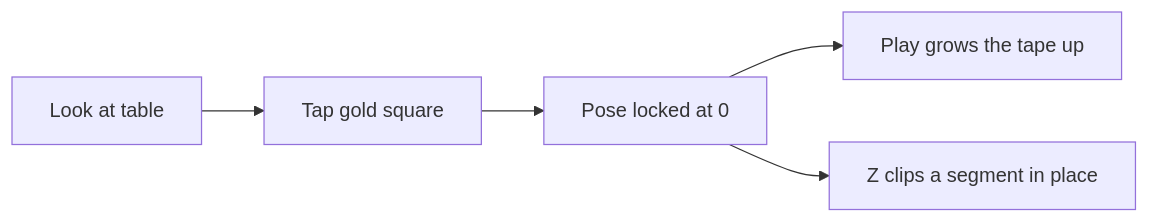
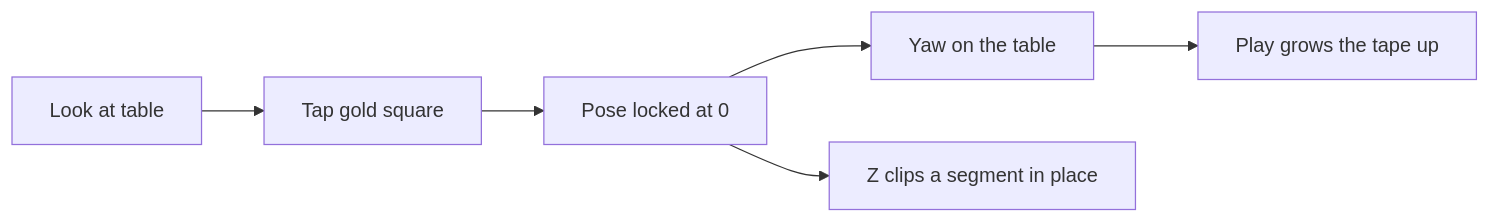
One commit to PiMaV/DONNER changed the third of 7 diagrams in docs/gui.md. Above: the diagram before and after it, drawn with Mermaid. The commit also changed other lines of this file and 15 other files, not shown here.

Commit message:
Let AR yaw the pillar on the table after place, and steer desktop shading with a light azimuth so orbit stays look-around.

````diff
--- a/docs/gui.md
+++ b/docs/gui.md
@@ -40,10 +62,11 @@
 ```mermaid
 flowchart LR
   look[Look at table]
-  tap[Tap gold square]
-  lock[Pose locked at 0]
+  tap2[Tap gold square]
+  lock2[Pose locked at 0]
+  yaw2[Yaw on the table]
   play[Play grows the tape up]
   clip[Z clips a segment in place]
-  look --> tap --> lock --> play
-  lock --> clip
+  look --> tap2 --> lock2 --> yaw2 --> play
+  lock2 --> clip
 ```
````
